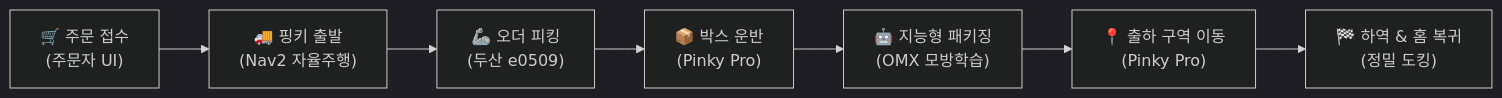
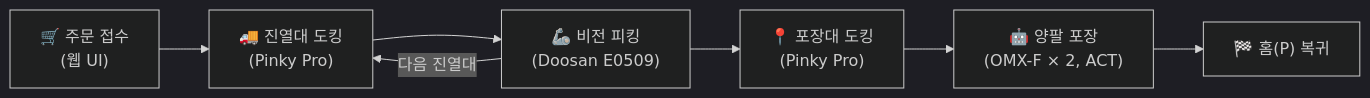
The diagram in README.md (kernel-robot-9th/kernel-robot-repo-1), drawn with Mermaid (dark theme) before and after one commit. The commit also changed other lines of this file and 1 other file, not shown here.

````diff
--- a/README.md
+++ b/README.md
@@ -11,9 +13,9 @@
 ```mermaid
 flowchart LR
-    A["🛒 주문 접수<br/>(주문자 UI)"] --> B["🚚 핑키 출발<br/>(Nav2 자율주행)"]
-    B --> C["🦾 오더 피킹<br/>(두산 e0509)"]
-    C --> D["📦 박스 운반<br/>(Pinky Pro)"]
-    D --> E["🤖 지능형 패키징<br/>(OMX 모방학습)"]
-    E --> F["📍 출하 구역 이동<br/>(Pinky Pro)"]
-    F --> G["🏁 하역 & 홈 복귀<br/>(정밀 도킹)"]
+    A["🛒 주문 접수<br/>(웹 UI)"] --> B["🚚 진열대 도킹<br/>(Pinky Pro)"]
+    B --> C["🦾 비전 피킹<br/>(Doosan E0509)"]
+    C -->|다음 진열대| B
+    C --> D["📍 포장대 도킹<br/>(Pinky Pro)"]
+    D --> E["🤖 양팔 포장<br/>(OMX-F × 2, ACT)"]
+    E --> F["🏁 홈(P) 복귀"]
 ```
````
